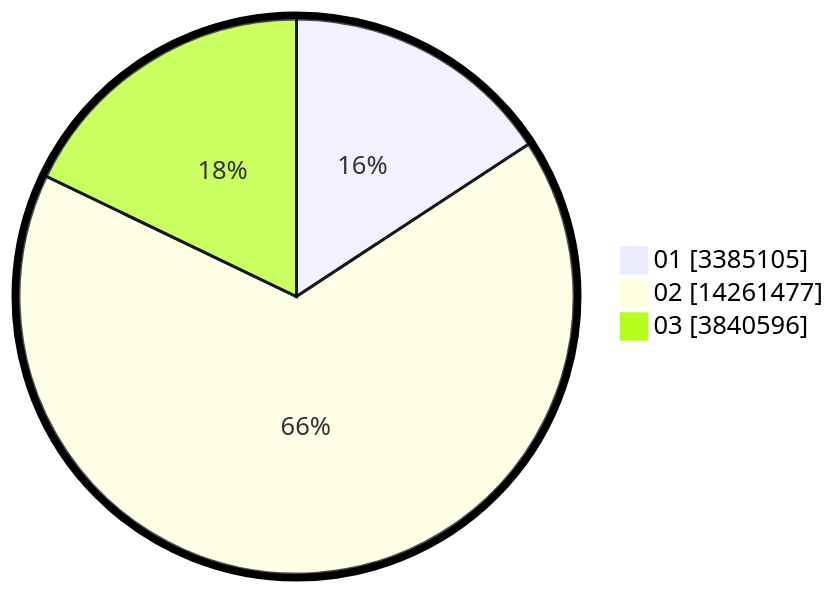
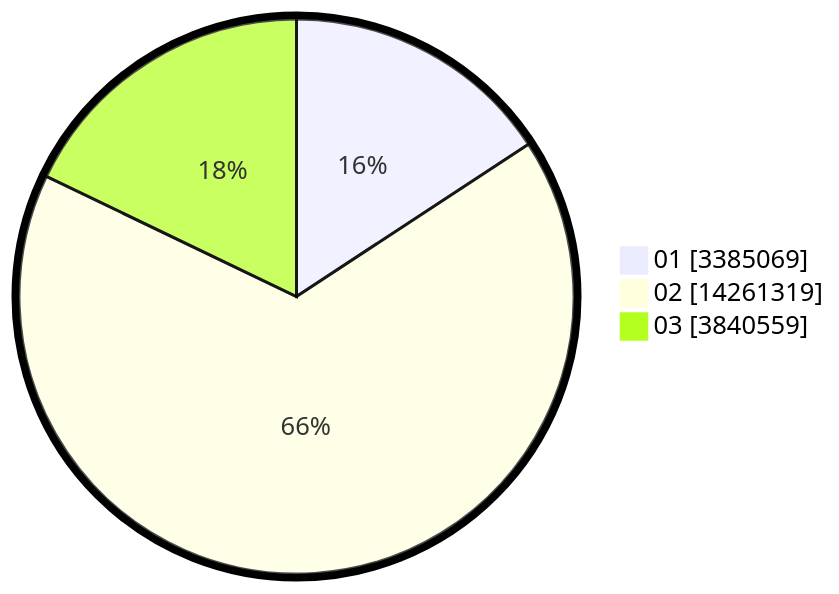
The second of 2 diagrams in pilpres/hitung-suara/sub/table-wilayah-35.md (gigit-pemilu/pemilu-2024), drawn with Mermaid before and after one commit. The commit also changed other lines of this file and 8 other files, not shown here.

````diff
--- a/pilpres/hitung-suara/sub/table-wilayah-35.md
+++ b/pilpres/hitung-suara/sub/table-wilayah-35.md
@@ -15,7 +15,7 @@
 ```mermaid
 %%{init: {"pie": {"textPosition": 0.5}, "themeVariables": {"pieOuterStrokeWidth": "5px"}} }%%
 pie showData
-    "01" : 3385105
-    "02" : 14261477
-    "03" : 3840596
+    "01" : 3385069
+    "02" : 14261319
+    "03" : 3840559
 ```
````
